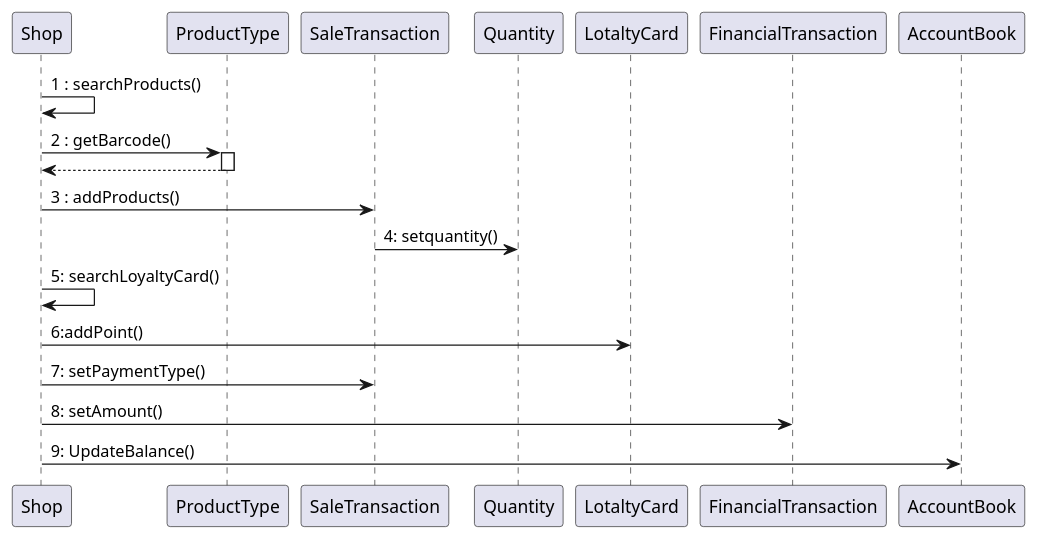
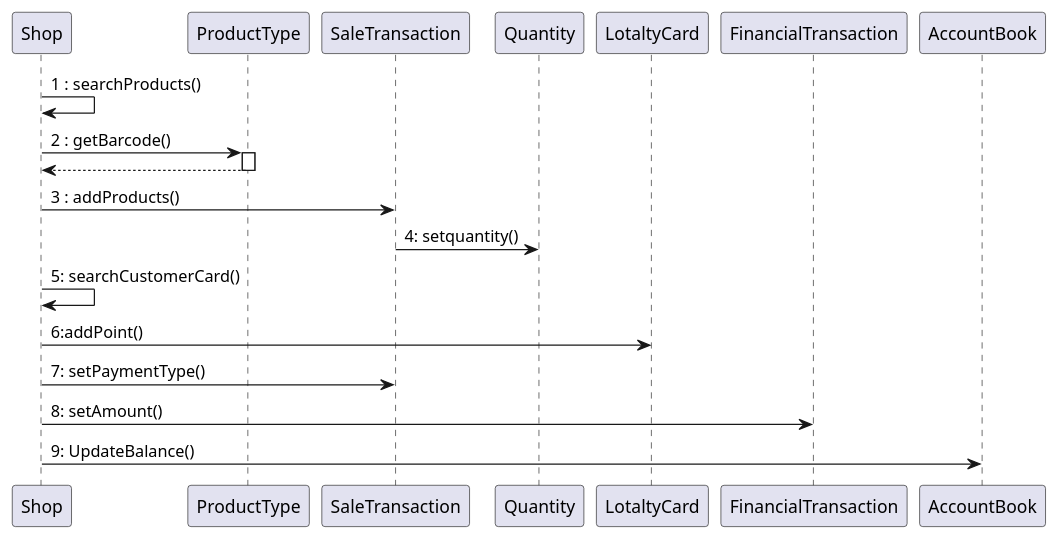
One commit to MatteoBattilana/EzShop changed the third of 4 diagrams in Deliverables/DesignDocument.md. Above: the diagram before and after it, drawn with PlantUML. The commit also changed other lines of this file, not shown here.

Commit message:
wip: started class diagram, must divide in data and model

````diff
--- a/Deliverables/DesignDocument.md
+++ b/Deliverables/DesignDocument.md
@@ -287,15 +300,15 @@
 ```plantuml
 @startuml
 "Shop" -> Shop:1 : searchProducts()
 Shop -> ProductType:2 : getBarcode()
 activate ProductType
 return
 Shop-> SaleTransaction:3 : addProducts()
 SaleTransaction->Quantity: 4: setquantity()
-Shop -> Shop:5: searchLoyaltyCard()
+Shop -> Shop:5: searchCustomerCard()
 Shop -> LotaltyCard:6:addPoint()
 Shop -> SaleTransaction:7: setPaymentType()
 Shop -> FinancialTransaction:8: setAmount()
 Shop -> AccountBook:9: UpdateBalance()
 @enduml
 ```
````
